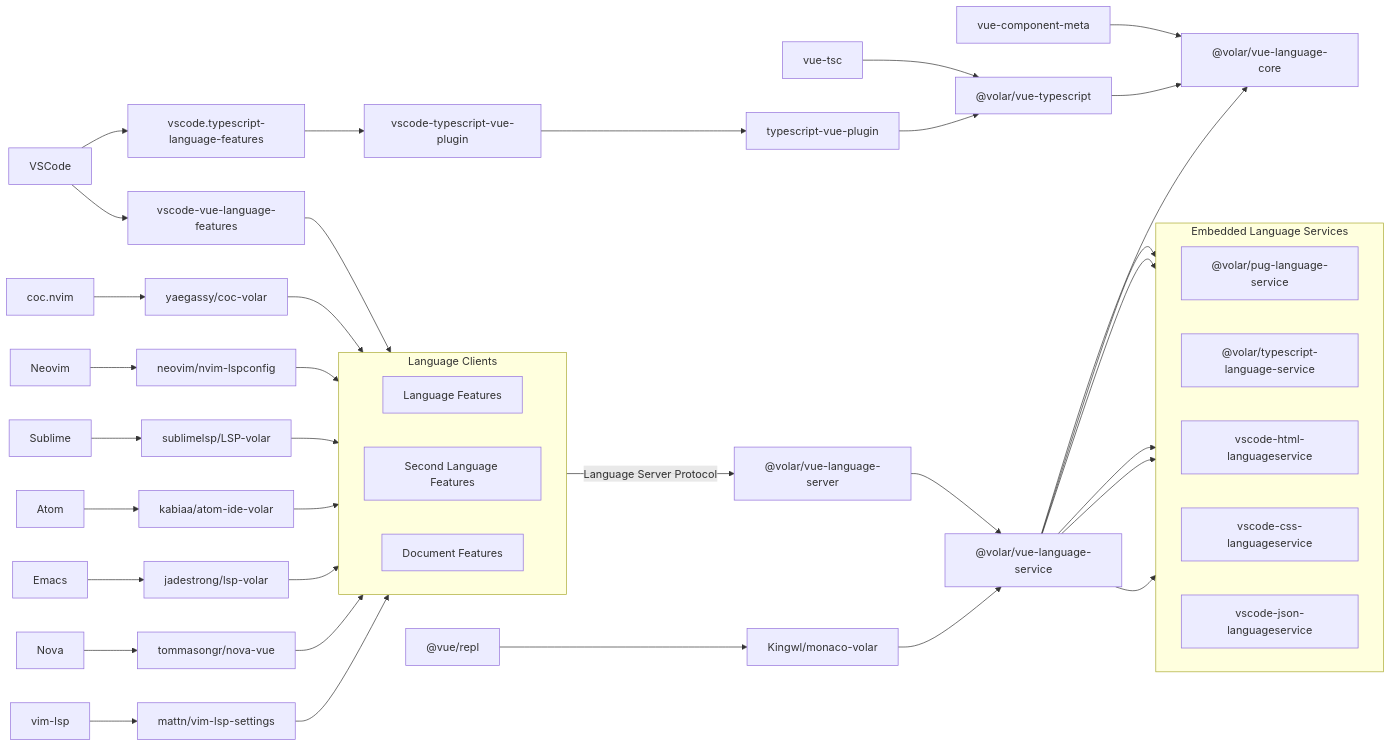
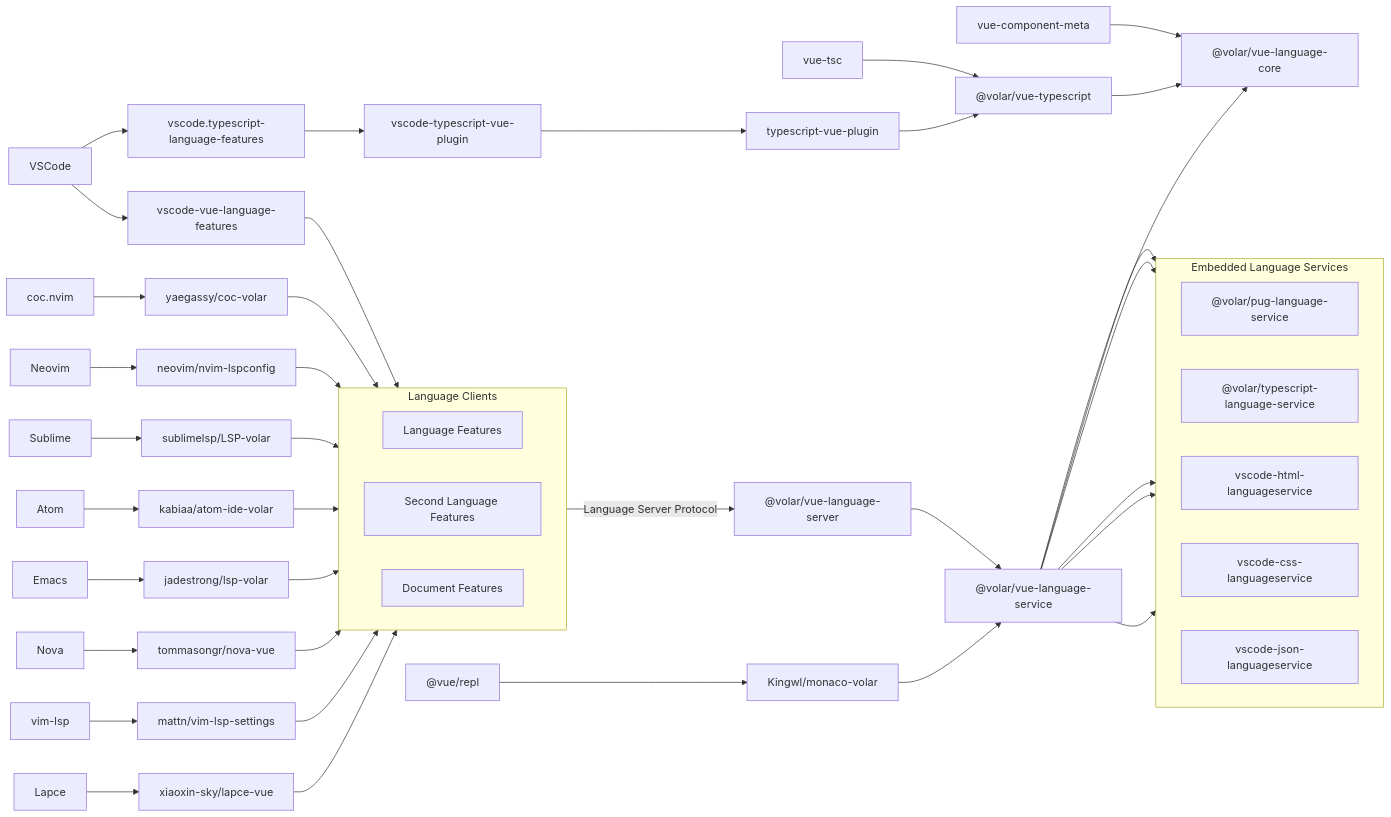
The diagram in README.md (vuejs/language-tools), drawn with Mermaid before and after one commit. The commit also changed other lines of this file, not shown here.

Commit message:
doc: mention xiaoxin-sky/lapce-vue

```diff
--- a/README.md
+++ b/README.md
@@ -88,6 +91,7 @@
 	ATOM[Atom]
 	EMACS[Emacs]
 	NOVA[Nova]
+	LAPCE[Lapce]
 
 	%% Language Clients
 	COC_VUE[yaegassy/coc-volar]
@@ -97,6 +101,7 @@
 	ATOM_VUE[kabiaa/atom-ide-volar]
 	EMACS_VUE[jadestrong/lsp-volar]
 	NOVA_VUE[tommasongr/nova-vue]
+	LAPCE_VUE[xiaoxin-sky/lapce-vue]
 
 	click COC_VUE "https://github.com/yaegassy/coc-volar"
 	click NEO_VUE "https://github.com/neovim/nvim-lspconfig"
@@ -105,6 +110,7 @@
 	click ATOM_VUE "https://github.com/kabiaa/atom-ide-volar"
 	click EMACS_VUE "https://github.com/jadestrong/lsp-volar"
 	click NOVA_VUE "https://github.com/tommasongr/nova-vue"
+	click LAPCE_VUE "https://github.com/xiaoxin-sky/lapce-vue"
 
 	%% Volar - Extensions
 	VSC_VUE[vscode-vue-language-features]
@@ -187,6 +193,7 @@
 	EMACS --> EMACS_VUE
 	NOVA --> NOVA_VUE
 	VIM --> VIM_VUE
+	LAPCE --> LAPCE_VUE
 
 	VSC_VUE --> VUE_CLIENTS
 	COC_VUE --> VUE_CLIENTS
@@ -196,6 +203,7 @@
 	EMACS_VUE --> VUE_CLIENTS
 	NOVA_VUE --> VUE_CLIENTS
 	VIM_VUE --> VUE_CLIENTS
+	LAPCE_VUE --> VUE_CLIENTS
 
 	%% VSC_VUE --> VOLAR_PREVIEW
 	%% COC_VUE --> VOLAR_PREVIEW
```
